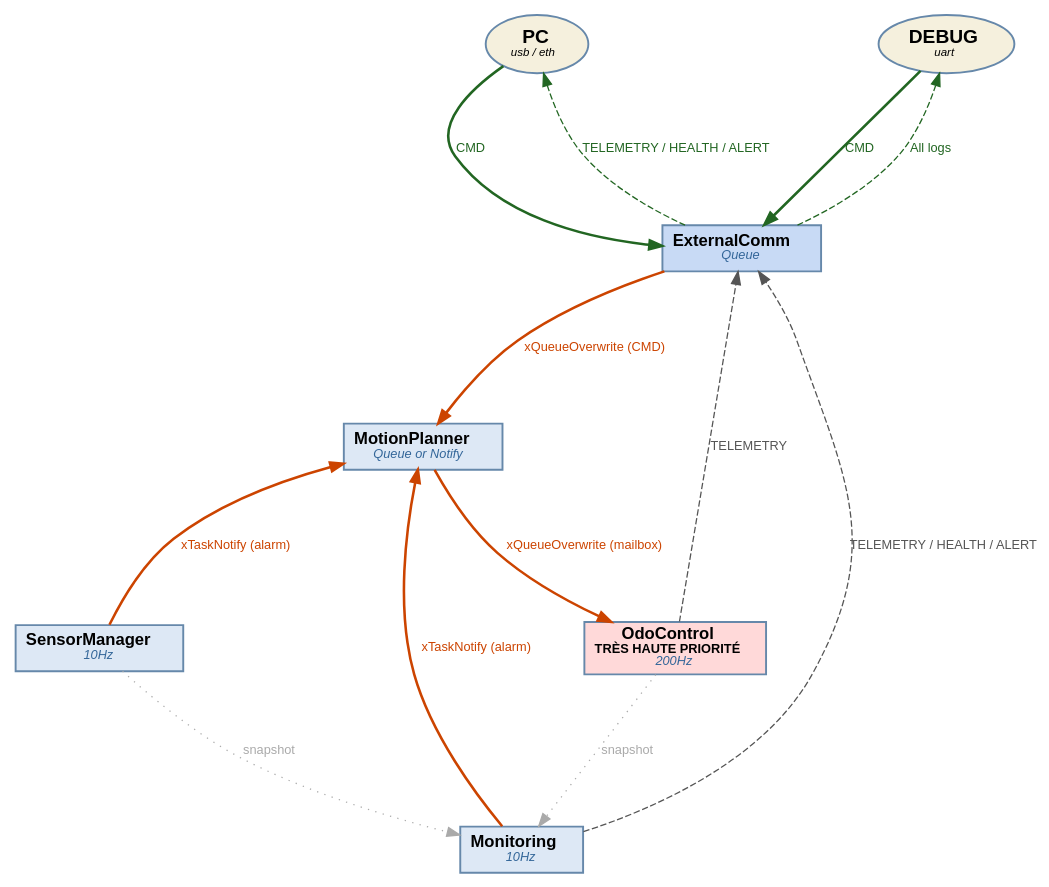
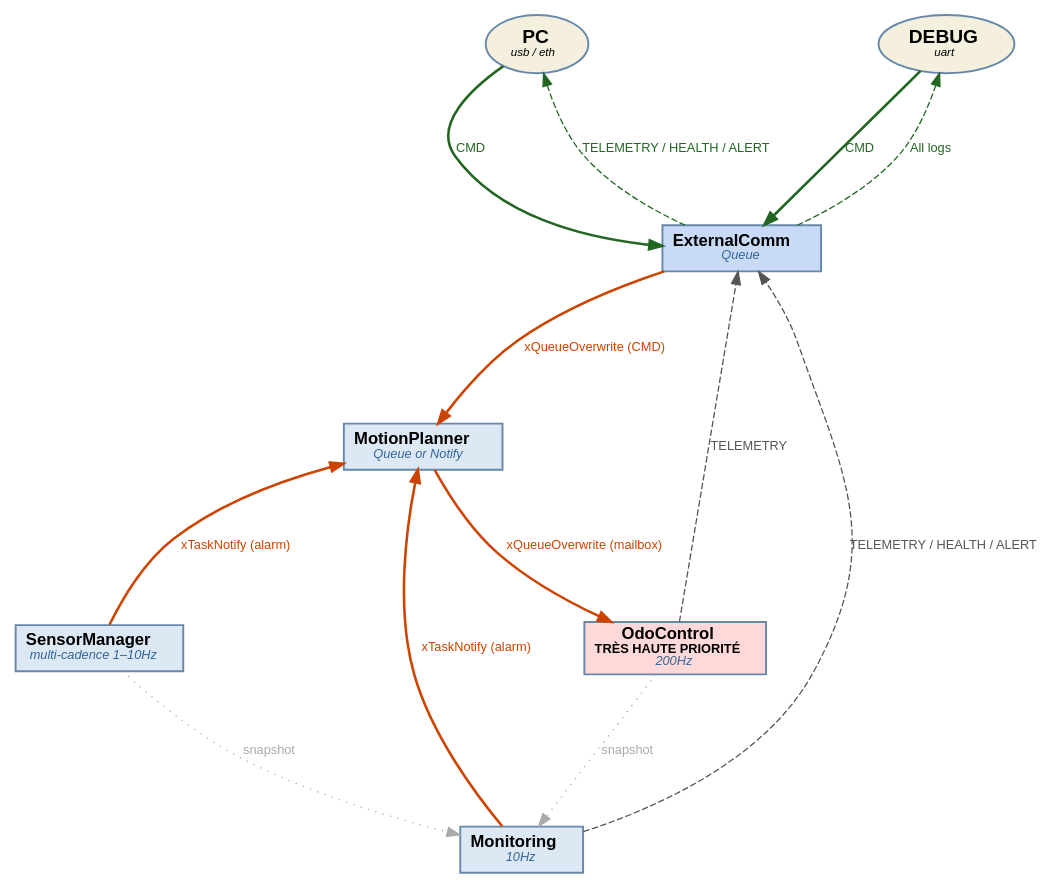
One commit to Soupalognon/Wall-A-Software changed the first of 5 diagrams in _bmad-output/planning-artifacts/architecture.md. Above: the diagram before and after it, drawn with Graphviz. The commit also changed other lines of this file and 1 other file, not shown here.

Commit message:
Updated architecture info and created a claude's bible for this project

````diff
--- a/_bmad-output/planning-artifacts/architecture.md
+++ b/_bmad-output/planning-artifacts/architecture.md
@@ -609,39 +640,39 @@
 ```dot
 digraph G {
     rankdir=TB
     nodesep=1.0
     ranksep=1.5
     fontname="Helvetica"
     node [fontname="Helvetica" fontsize=13 style=filled shape=box fillcolor="#dde8f5" color="#6688aa" penwidth=1.5]
     edge [fontname="Helvetica" fontsize=10 color="#444444"]
 
     PC         [shape=ellipse fillcolor="#f5f0dd" label=<<B><FONT POINT-SIZE="15">PC</FONT></B><BR/><I><FONT POINT-SIZE="9">usb / eth</FONT></I>>]
     DEBUG      [shape=ellipse fillcolor="#f5f0dd" label=<<B><FONT POINT-SIZE="15">DEBUG</FONT></B><BR/><I><FONT POINT-SIZE="9">uart</FONT></I>>]
     ExtComm    [label=<<B>ExternalComm</B><BR/><I><FONT POINT-SIZE="10" COLOR="#336699">Queue</FONT></I>> fillcolor="#c8daf5"]
     MoPlan     [label=<<B>MotionPlanner</B><BR/><I><FONT POINT-SIZE="10" COLOR="#336699">Queue or Notify</FONT></I>>]
     OdoCtrl    [label=<<B>OdoControl<BR/><FONT POINT-SIZE="10">TRÈS HAUTE PRIORITÉ</FONT><BR/></B><I><FONT POINT-SIZE="10" COLOR="#336699">200Hz</FONT></I>> fillcolor="#ffd9d9"]
-    SenMgr     [label=<<B>SensorManager</B><BR/><I><FONT POINT-SIZE="10" COLOR="#336699">10Hz</FONT></I>>]
+    SenMgr     [label=<<B>SensorManager</B><BR/><I><FONT POINT-SIZE="10" COLOR="#336699">multi-cadence 1–10Hz</FONT></I>>]
     Monitoring [label=<<B>Monitoring</B><BR/><I><FONT POINT-SIZE="10" COLOR="#336699">10Hz</FONT></I>>]
 
     { rank=same; PC; DEBUG }
     { rank=same; ExtComm }
     { rank=same; MoPlan }
     { rank=same; OdoCtrl; SenMgr }
 
     PC -> ExtComm    [label="CMD" color="#226622" fontcolor="#226622" style=bold]
     ExtComm -> PC    [label="TELEMETRY / HEALTH / ALERT" color="#226622" fontcolor="#226622" style=dashed]
     DEBUG -> ExtComm    [label="CMD" color="#226622" fontcolor="#226622" style=bold]
     ExtComm -> DEBUG    [label="All logs" color="#226622" fontcolor="#226622" style=dashed]
 
     ExtComm -> MoPlan  [label="xQueueOverwrite (CMD)" color="#cc4400" fontcolor="#cc4400" penwidth=2]
     MoPlan  -> OdoCtrl [label="xQueueOverwrite (mailbox)" color="#cc4400" fontcolor="#cc4400" penwidth=2]
     SenMgr  -> MoPlan  [label="xTaskNotify (alarm)" color="#cc4400" fontcolor="#cc4400" penwidth=2]
     Monitoring  -> MoPlan  [label="xTaskNotify (alarm)" color="#cc4400" fontcolor="#cc4400" penwidth=2]
 
     OdoCtrl    -> ExtComm [label="TELEMETRY" style=dashed color="#555555" fontcolor="#555555"]
     Monitoring -> ExtComm [label="TELEMETRY / HEALTH / ALERT" style=dashed color="#555555" fontcolor="#555555"]
 
     OdoCtrl -> Monitoring [label="snapshot" style=dotted color="#aaaaaa" fontcolor="#aaaaaa"]
     SenMgr  -> Monitoring [label="snapshot" style=dotted color="#aaaaaa" fontcolor="#aaaaaa"]
 }
 ```
````
